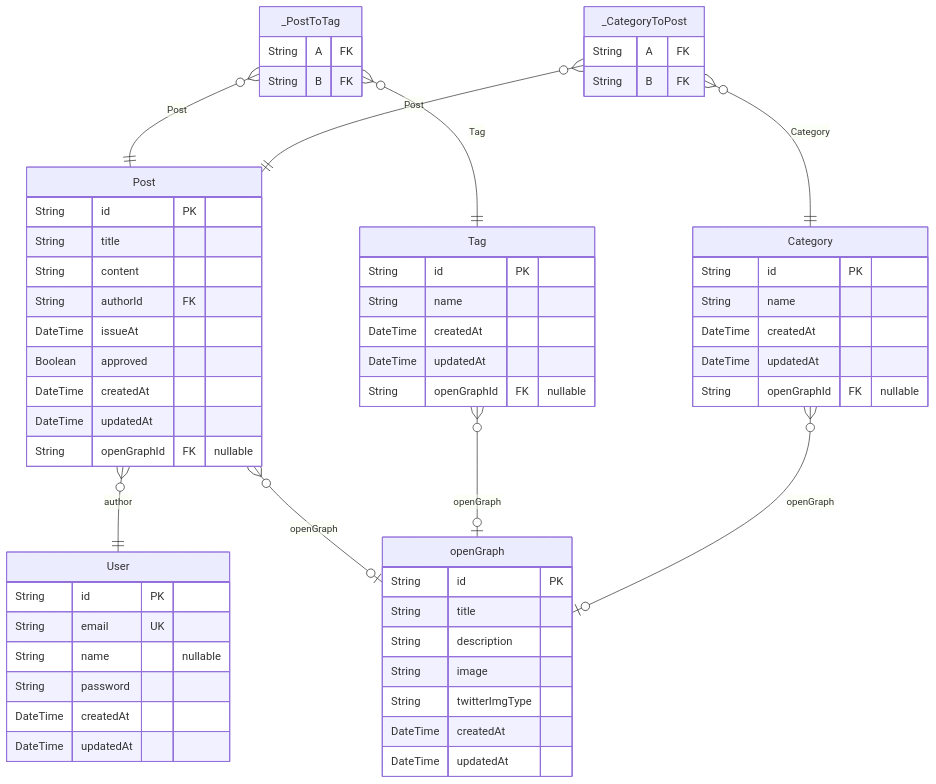
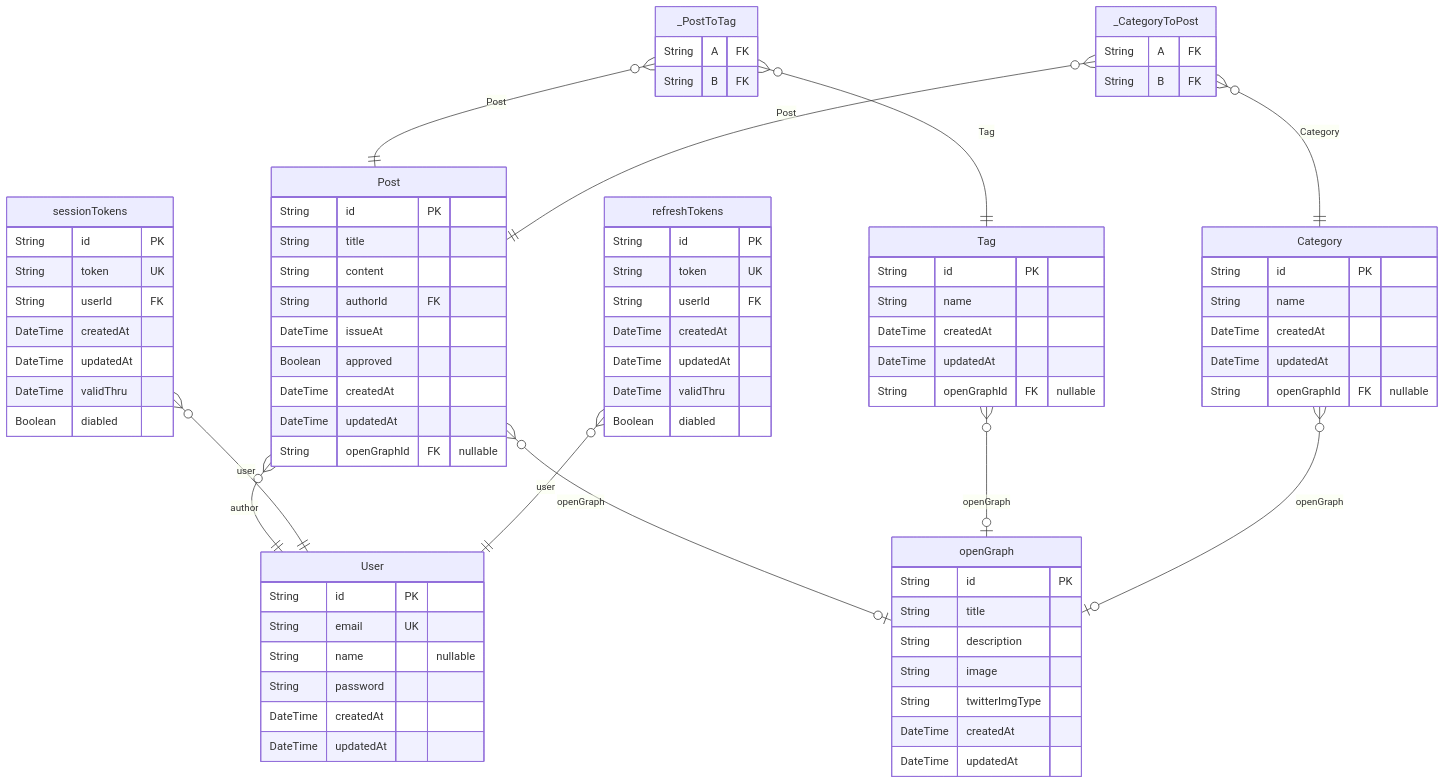
The diagram in docs/ERD.md (mizphses/corecms), drawn with Mermaid before and after one commit. The commit also changed other lines of this file and 12 other files, not shown here.

````diff
--- a/docs/ERD.md
+++ b/docs/ERD.md
@@ -7,61 +7,81 @@
 ```mermaid
 erDiagram
 "User" {
   String id PK
   String email UK
   String name "nullable"
   String password
   DateTime createdAt
   DateTime updatedAt
 }
 "Post" {
   String id PK
   String title
   String content
   String authorId FK
   DateTime issueAt
   Boolean approved
   DateTime createdAt
   DateTime updatedAt
   String openGraphId FK "nullable"
 }
 "Tag" {
   String id PK
   String name
   DateTime createdAt
   DateTime updatedAt
   String openGraphId FK "nullable"
 }
 "Category" {
   String id PK
   String name
   DateTime createdAt
   DateTime updatedAt
   String openGraphId FK "nullable"
 }
 "openGraph" {
   String id PK
   String title
   String description
   String image
   String twitterImgType
   DateTime createdAt
   DateTime updatedAt
 }
+"sessionTokens" {
+  String id PK
+  String token UK
+  String userId FK
+  DateTime createdAt
+  DateTime updatedAt
+  DateTime validThru
+  Boolean diabled
+}
+"refreshTokens" {
+  String id PK
+  String token UK
+  String userId FK
+  DateTime createdAt
+  DateTime updatedAt
+  DateTime validThru
+  Boolean diabled
+}
 "_PostToTag" {
   String A FK
   String B FK
 }
 "_CategoryToPost" {
   String A FK
   String B FK
 }
 "Post" }o--|| "User" : author
 "Post" }o--o| "openGraph" : openGraph
 "Tag" }o--o| "openGraph" : openGraph
 "Category" }o--o| "openGraph" : openGraph
+"sessionTokens" }o--|| "User" : user
+"refreshTokens" }o--|| "User" : user
 "_PostToTag" }o--|| "Post" : Post
 "_PostToTag" }o--|| "Tag" : Tag
 "_CategoryToPost" }o--|| "Category" : Category
 "_CategoryToPost" }o--|| "Post" : Post
 ```
````
